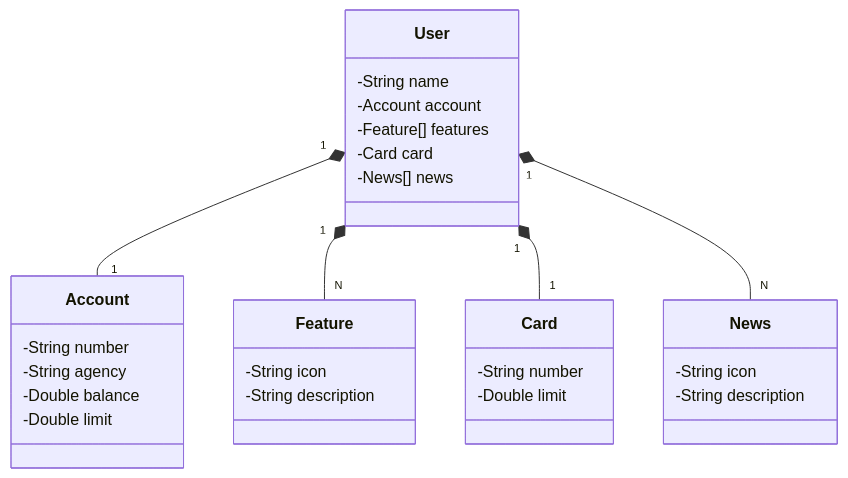
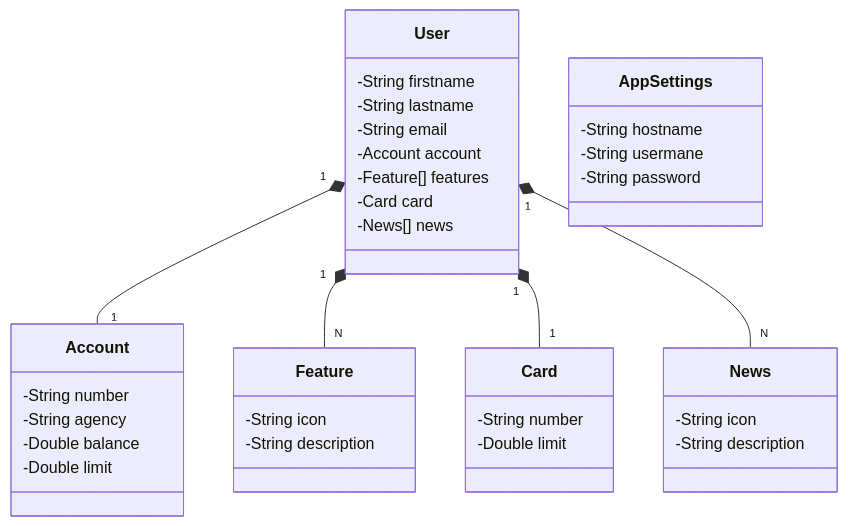
One commit to cantareamantisest/api-challenge-dio changed the diagram in README.md. Above: the diagram before and after it, drawn with Mermaid.

Commit message:
update README.md
Add Class AppSettings

````diff
--- a/README.md
+++ b/README.md
@@ -23,37 +23,45 @@
 ```mermaid
 classDiagram
   class User {
-    -String name
+    -String firstname
+    -String lastname
+    -String email
     -Account account
     -Feature[] features
     -Card card
     -News[] news
   }
 
   class Account {
     -String number
     -String agency
     -Double balance
     -Double limit
   }
 
   class Feature {
     -String icon
     -String description
   }
 
   class Card {
     -String number
     -Double limit
   }
 
   class News {
     -String icon
     -String description
   }
 
+  class AppSettings {
+    -String hostname
+    -String usermane
+    -String password
+  }
+
   User "1" *-- "1" Account
   User "1" *-- "N" Feature
   User "1" *-- "1" Card
   User "1" *-- "N" News
 ```
````
